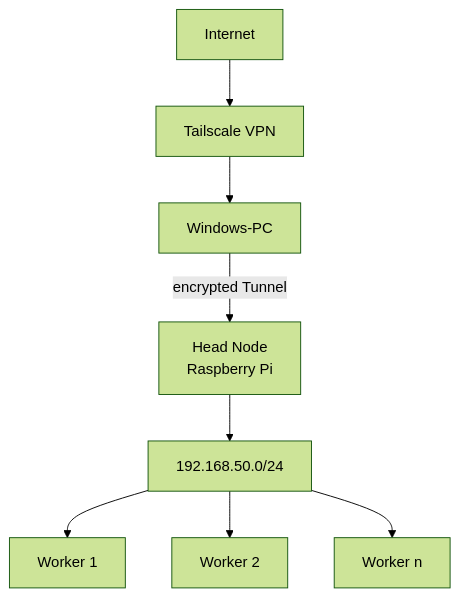
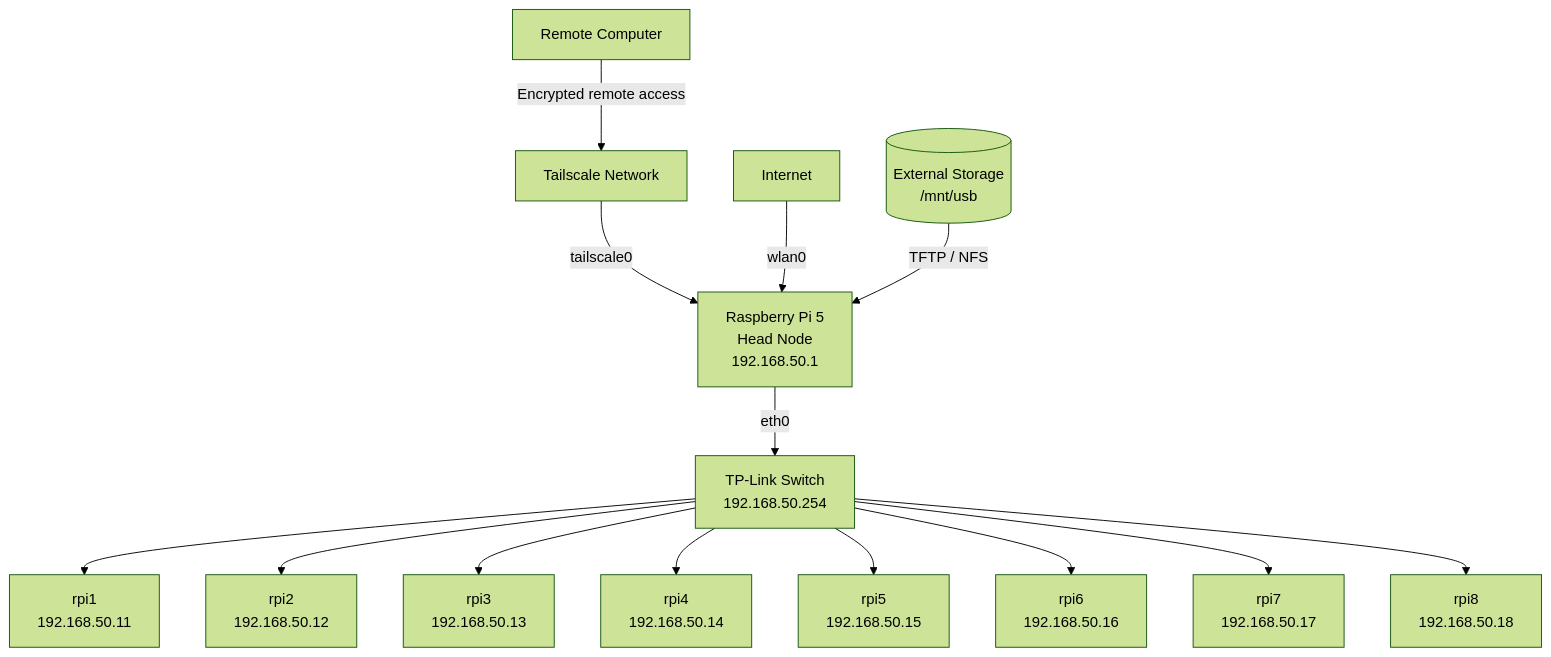
Before and after one commit to MikeMorelle/MikeMorelle.github.io: the diagram in docs/architecture.md, drawn with Mermaid (forest theme). The commit also changed other lines of this file, not shown here.

First line of the commit message:
Revise architecture documentation for Tailscale integration and whole setup

````diff
--- a/docs/architecture.md
+++ b/docs/architecture.md
@@ -479,21 +19,36 @@
 ```mermaid
 flowchart TB
+    Remote["Remote Computer"]
+    Tailscale["Tailscale Network"]
     Internet["Internet"]
-    Tailscale["Tailscale VPN"]
-    Windows["Windows-PC"]
-    Head["Head Node<br/>Raspberry Pi"]
-    Network["192.168.50.0/24"]
 
-    Worker1["Worker 1"]
-    Worker2["Worker 2"]
-    Workern["Worker n"]
+    Head["Raspberry Pi 5<br>Head Node<br>192.168.50.1"]
+    Storage[("External Storage<br>/mnt/usb")]
+    Switch["TP-Link Switch<br>192.168.50.254"]
 
-    Internet --> Tailscale
-    Tailscale --> Windows
-    Windows -->|"encrypted Tunnel"| Head
+    RPI1["rpi1<br>192.168.50.11"]
+    RPI2["rpi2<br>192.168.50.12"]
+    RPI3["rpi3<br>192.168.50.13"]
+    RPI4["rpi4<br>192.168.50.14"]
+    RPI5["rpi5<br>192.168.50.15"]
+    RPI6["rpi6<br>192.168.50.16"]
+    RPI7["rpi7<br>192.168.50.17"]
+    RPI8["rpi8<br>192.168.50.18"]
 
-    Head --> Network
-    Network --> Worker1
-    Network --> Worker2
-    Network --> Workern
+    Remote -->|"Encrypted remote access"| Tailscale
+    Tailscale -->|"tailscale0"| Head
+
+    Internet -->|"wlan0"| Head
+
+    Storage -->|"TFTP / NFS"| Head
+    Head -->|"eth0"| Switch
+
+    Switch --> RPI1
+    Switch --> RPI2
+    Switch --> RPI3
+    Switch --> RPI4
+    Switch --> RPI5
+    Switch --> RPI6
+    Switch --> RPI7
+    Switch --> RPI8
 ```
````
